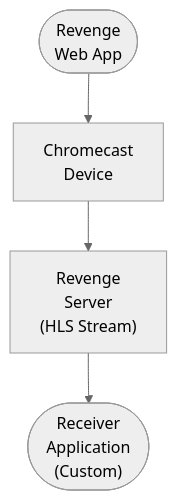
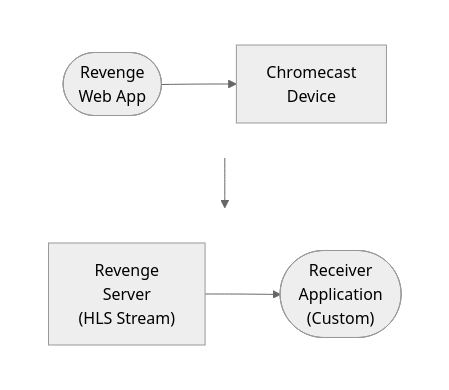
Before and after one commit to lusoris/revenge: the diagram in docs/dev/design/integrations/casting/CHROMECAST.md, drawn with Mermaid (neutral theme). The commit also changed 210 other files, not shown here.

First line of the commit message:
feat(docs): Add horizontal layout support for Mermaid diagrams

````diff
--- a/docs/dev/design/integrations/casting/CHROMECAST.md
+++ b/docs/dev/design/integrations/casting/CHROMECAST.md
@@ -58,10 +58,20 @@
 ```mermaid
 flowchart TD
-    node1(["Revenge<br/>Web App"])
-    node2["Chromecast<br/>Device"]
-    node3["Revenge<br/>Server<br/>(HLS Stream)"]
-    node4(["Receiver<br/>Application<br/>(Custom)"])
+    subgraph row1[ ]
+        direction LR
+        node1(["Revenge<br/>Web App"])
+        node2["Chromecast<br/>Device"]
+    end
+    subgraph row2[ ]
+        direction LR
+        node3["Revenge<br/>Server<br/>(HLS Stream)"]
+        node4(["Receiver<br/>Application<br/>(Custom)"])
+    end
     node1 --> node2
     node3 --> node4
     node2 --> node3
+
+    %% Hide row subgraph borders
+    style row1 fill:transparent,stroke:transparent
+    style row2 fill:transparent,stroke:transparent
 ```
````
